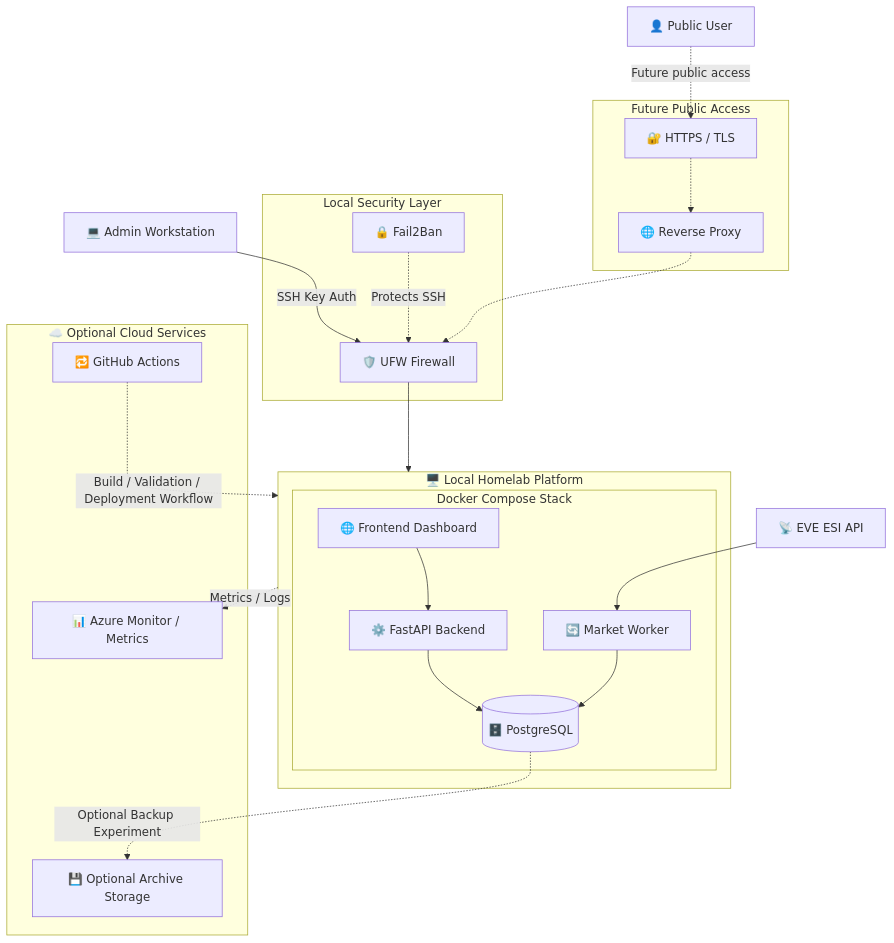
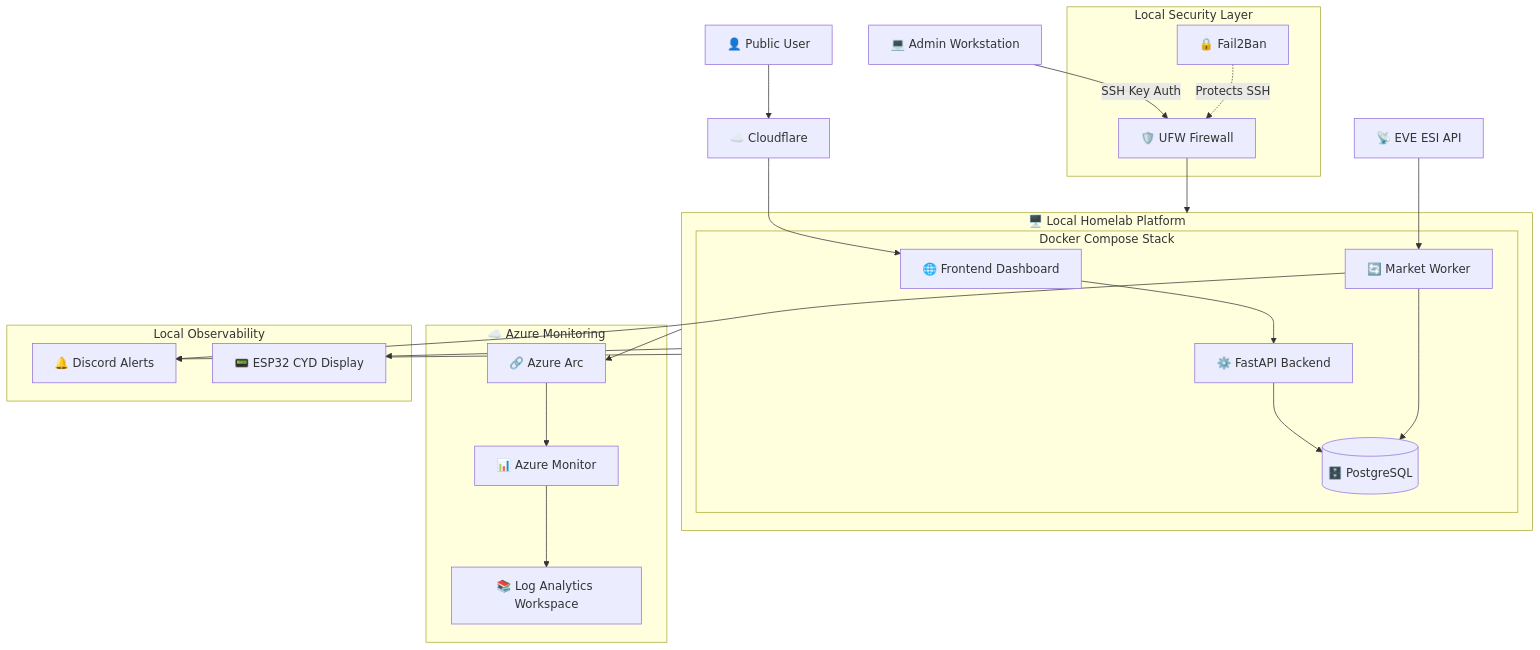
Before and after one commit to Relis-lol/homelab-hybrid-cloud-platform: the diagram in diagrams/future-hybrid-architecture.md, drawn with Mermaid. The commit also changed other lines of this file, not shown here.

````diff
--- a/diagrams/future-hybrid-architecture.md
+++ b/diagrams/future-hybrid-architecture.md
@@ -7,63 +7,71 @@
 ```mermaid
 graph TD
 
 %% ----------- USERS -----------
 User["👤 Public User"]
 Admin["💻 Admin Workstation"]
 
+%% ----------- PUBLIC EDGE -----------
+Cloudflare["☁️ Cloudflare"]
+
 %% ----------- LOCAL SECURITY -----------
 subgraph Security["Local Security Layer"]
     Firewall["🛡️ UFW Firewall"]
     Fail2Ban["🔒 Fail2Ban"]
-end
-
-%% ----------- FUTURE PUBLIC ACCESS -----------
-subgraph PublicAccess["Future Public Access"]
-    Proxy["🌐 Reverse Proxy"]
-    HTTPS["🔐 HTTPS / TLS"]
 end
 
 %% ----------- LOCAL PLATFORM -----------
 subgraph Local["🖥️ Local Homelab Platform"]
 
     subgraph Docker["Docker Compose Stack"]
         Frontend["🌐 Frontend Dashboard"]
         API["⚙️ FastAPI Backend"]
         Worker["🔄 Market Worker"]
         DB[(🗄️ PostgreSQL)]
     end
 
 end
 
 %% ----------- EXTERNAL DATA -----------
 ESI["📡 EVE ESI API"]
 
-%% ----------- OPTIONAL CLOUD SERVICES -----------
-subgraph Cloud["☁️ Optional Cloud Services"]
-    Monitor["📊 Azure Monitor / Metrics"]
-    CI["🔁 GitHub Actions"]
-    Storage["💾 Optional Archive Storage"]
+%% ----------- CLOUD MONITORING -----------
+subgraph Azure["☁️ Azure Monitoring"]
+    Arc["🔗 Azure Arc"]
+    Monitor["📊 Azure Monitor"]
+    Logs["📚 Log Analytics Workspace"]
 end
 
-%% ----------- CURRENT / PLANNED ACCESS -----------
+%% ----------- LOCAL OBSERVABILITY -----------
+subgraph Observability["Local Observability"]
+    Discord["🔔 Discord Alerts"]
+    CYD["📟 ESP32 CYD Display"]
+end
+
+%% ----------- PUBLIC ACCESS -----------
+User --> Cloudflare
+Cloudflare --> Frontend
+
+%% ----------- ADMIN ACCESS -----------
 Admin -->|SSH Key Auth| Firewall
 Fail2Ban -.->|Protects SSH| Firewall
 Firewall --> Local
-
-User -.->|Future public access| HTTPS
-HTTPS -.-> Proxy
-Proxy -.-> Firewall
 
 %% ----------- APPLICATION FLOW -----------
 Frontend --> API
 API --> DB
 
 %% ----------- DATA INGESTION -----------
 ESI --> Worker
 Worker --> DB
 
-%% ----------- OPTIONAL CLOUD CONNECTIONS -----------
-Local -.->|Metrics / Logs| Monitor
-CI -.->|Build / Validation / Deployment Workflow| Local
-DB -.->|Optional Backup Experiment| Storage
+%% ----------- CLOUD MONITORING FLOW -----------
+Local --> Arc
+Arc --> Monitor
+Monitor --> Logs
+
+%% ----------- LOCAL OBSERVABILITY FLOW -----------
+Local --> CYD
+Worker --> Discord
+Local --> Discord
 ```
````
